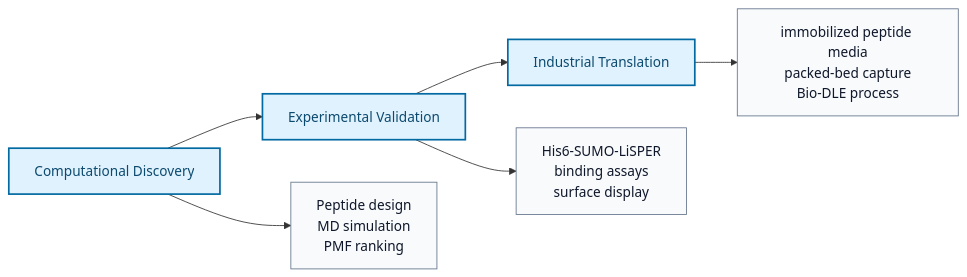
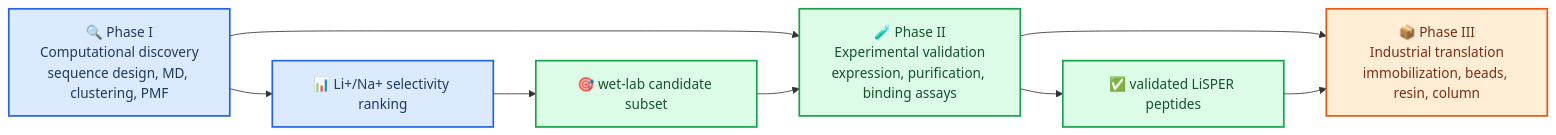
Before and after one commit to jackyissocute/LiSPER: the second of 4 diagrams in README.md, drawn with Mermaid. The commit also changed other lines of this file and 2 other files, not shown here.

````diff
--- a/README.md
+++ b/README.md
@@ -9,14 +70,21 @@
 ```mermaid
 flowchart LR
-    A["Computational Discovery"] --> B["Experimental Validation"]
-    B --> C["Industrial Translation"]
+    accTitle: LiSPER Three-Phase Roadmap
+    accDescr: Three major phases move from computational discovery through experimental validation and into industrial translation.
 
-    A --> A1["Peptide design<br/>MD simulation<br/>PMF ranking"]
-    B --> B1["His6-SUMO-LiSPER<br/>binding assays<br/>surface display"]
-    C --> C1["immobilized peptide media<br/>packed-bed capture<br/>Bio-DLE process"]
+    phase_one[🔍 Phase I<br/>Computational discovery<br/>sequence design, MD, clustering, PMF] --> phase_two[🧪 Phase II<br/>Experimental validation<br/>expression, purification, binding assays]
+    phase_two --> phase_three[📦 Phase III<br/>Industrial translation<br/>immobilization, beads, resin, column]
 
-    classDef phase fill:#e0f2fe,stroke:#0369a1,stroke-width:2px,color:#0c4a6e
-    classDef detail fill:#f8fafc,stroke:#64748b,stroke-width:1px,color:#0f172a
-    class A,B,C phase
-    class A1,B1,C1 detail
+    phase_one --> rank[📊 Li+/Na+ selectivity ranking]
+    rank --> shortlist[🎯 wet-lab candidate subset]
+    shortlist --> phase_two
+    phase_two --> validated[✅ validated LiSPER peptides]
+    validated --> phase_three
+
+    classDef computational fill:#dbeafe,stroke:#2563eb,stroke-width:2px,color:#1e3a5f
+    classDef experimental fill:#dcfce7,stroke:#16a34a,stroke-width:2px,color:#14532d
+    classDef industrial fill:#ffedd5,stroke:#ea580c,stroke-width:2px,color:#7c2d12
+    class phase_one,rank computational
+    class phase_two,shortlist,validated experimental
+    class phase_three industrial
 ```
````
